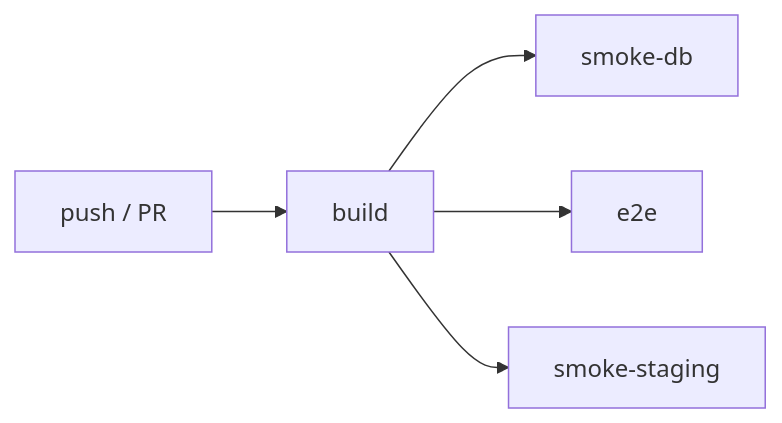
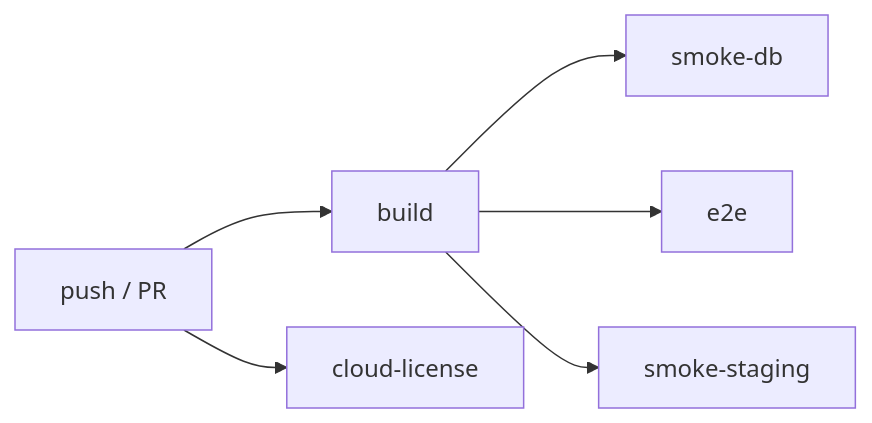
The diagram in docs/CI.md (drycov/flowmaster-core), drawn with Mermaid before and after one commit. The commit also changed other lines of this file and 75 other files, not shown here.

````diff
--- a/docs/CI.md
+++ b/docs/CI.md
@@ -9,7 +9,8 @@
 ```mermaid
 flowchart LR
   push[push / PR] --> build
+  push --> cloud_license[cloud-license]
   build --> smoke_db[smoke-db]
   build --> e2e[e2e]
   build --> smoke_staging[smoke-staging]
 ```
````
